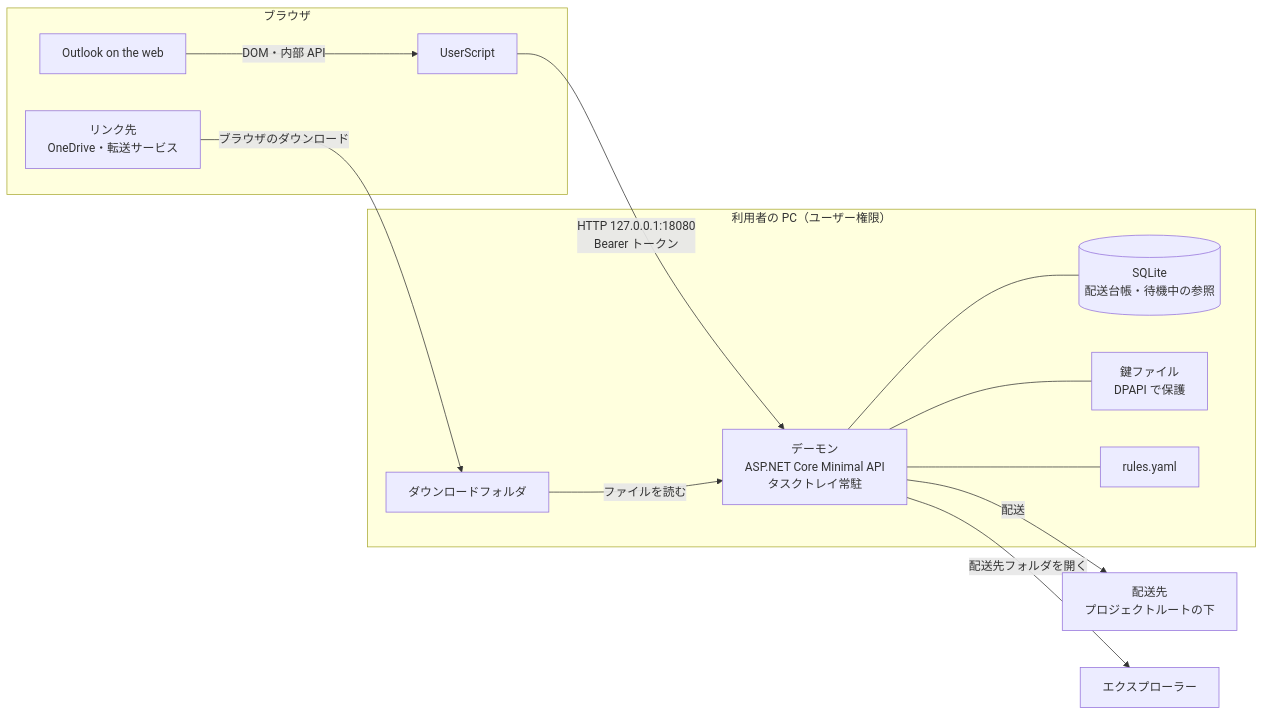
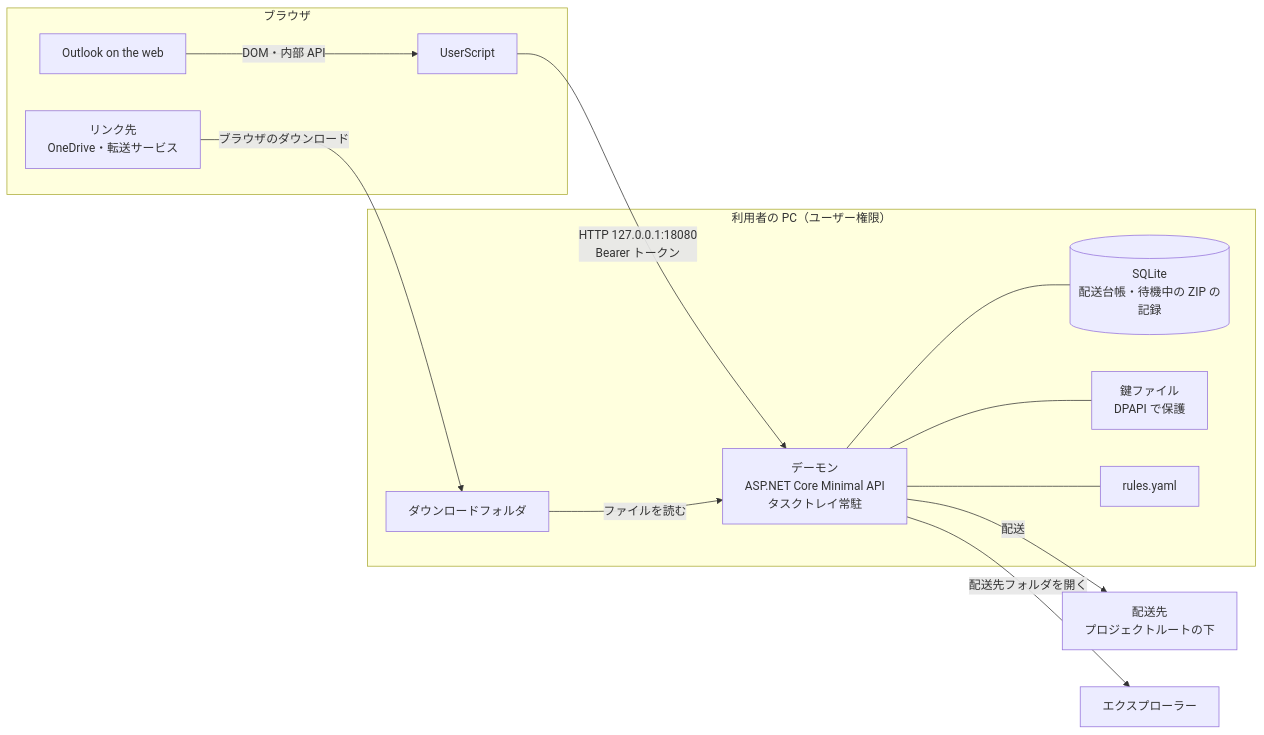
The first of 5 diagrams in docs/ARCHITECTURE.md (ShortArrow/ppapd), drawn with Mermaid before and after one commit. The commit also changed other lines of this file and 3 other files, not shown here.

````diff
--- a/docs/ARCHITECTURE.md
+++ b/docs/ARCHITECTURE.md
@@ -7,29 +7,29 @@
 ```mermaid
 flowchart LR
     subgraph Browser["ブラウザ"]
         OWA["Outlook on the web"]
         US["UserScript"]
         LINK["リンク先<br/>OneDrive・転送サービス"]
         OWA -- "DOM・内部 API" --> US
     end
 
     subgraph PC["利用者の PC（ユーザー権限）"]
         DL["ダウンロードフォルダ"]
         D["デーモン<br/>ASP.NET Core Minimal API<br/>タスクトレイ常駐"]
-        DB[("SQLite<br/>配送台帳・待機中の参照")]
+        DB[("SQLite<br/>配送台帳・待機中の ZIP の記録")]
         KEY["鍵ファイル<br/>DPAPI で保護"]
         CFG["rules.yaml"]
         D --- DB
         D --- KEY
         D --- CFG
     end
 
     DEST["配送先<br/>プロジェクトルートの下"]
     EXP["エクスプローラー"]
 
     LINK -- "ブラウザのダウンロード" --> DL
     US -- "HTTP 127.0.0.1:18080<br/>Bearer トークン" --> D
     DL -- "ファイルを読む" --> D
     D -- "配送" --> DEST
     D -- "配送先フォルダを開く" --> EXP
 ```
````
